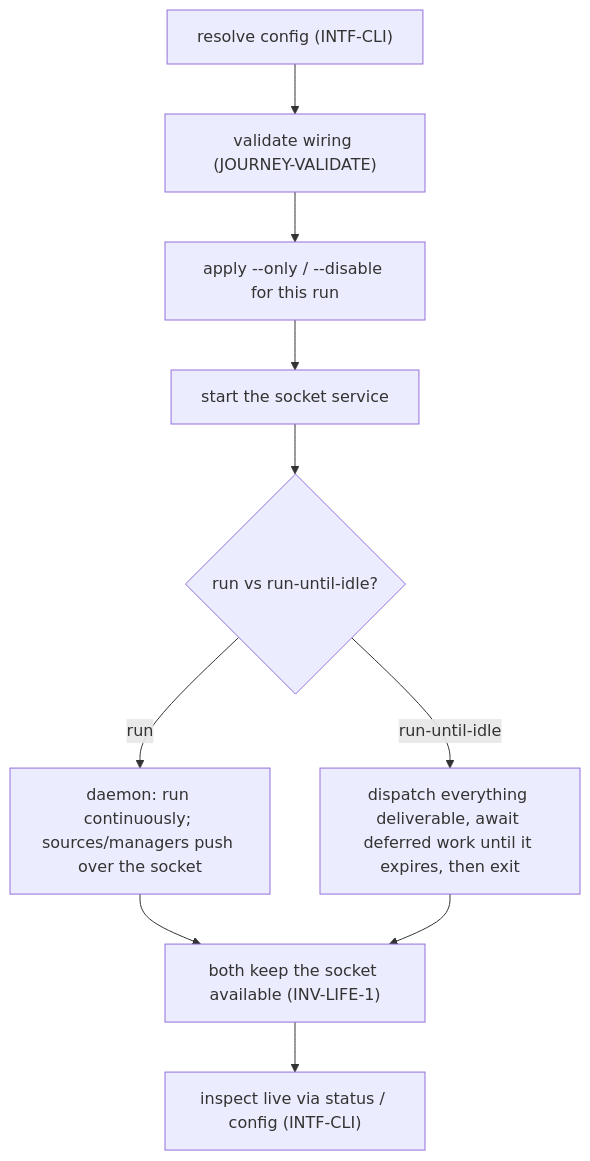
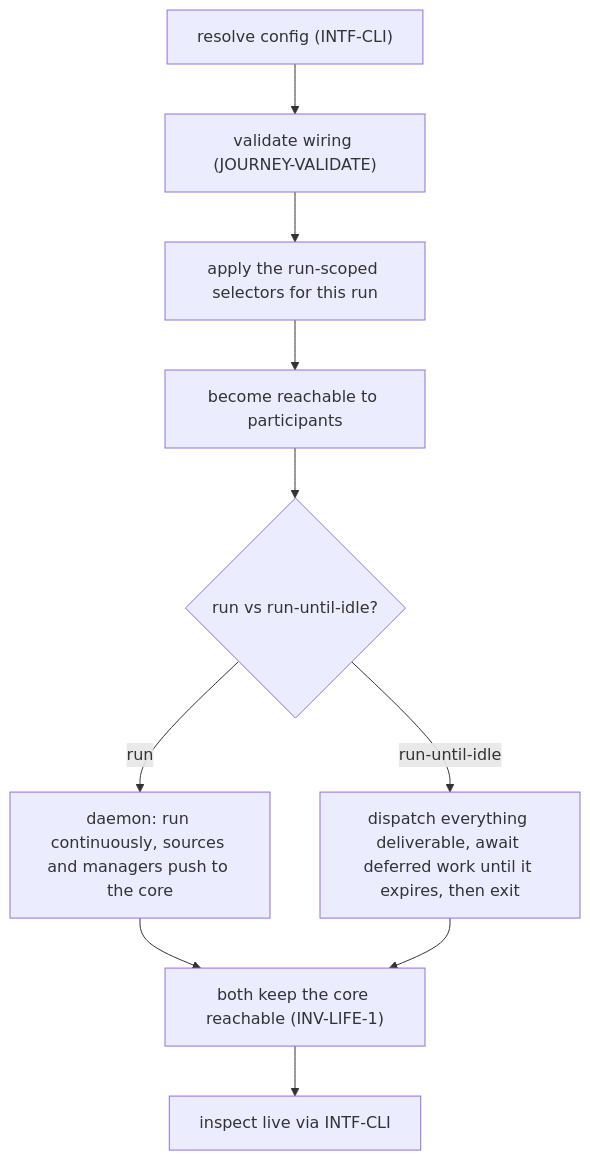
Before and after one commit to phillipgreenii/nix-agent-support: the fifth of 13 diagrams in packages/pr-pool/docs/behavior/journeys.md, drawn with Mermaid. The commit also changed other lines of this file and 9 other files, not shown here.

````diff
--- a/packages/pr-pool/docs/behavior/journeys.md
+++ b/packages/pr-pool/docs/behavior/journeys.md
@@ -275,12 +275,12 @@
 ```mermaid
 flowchart TD
     cfg["resolve config (INTF-CLI)"] --> val["validate wiring (JOURNEY-VALIDATE)"]
-    val --> sel["apply --only / --disable for this run"]
-    sel --> sock["start the socket service"]
-    sock --> mode{"run vs run-until-idle?"}
-    mode -->|run| daemon["daemon: run continuously; sources/managers push over the socket"]
+    val --> sel["apply the run-scoped selectors for this run"]
+    sel --> reach["become reachable to participants"]
+    reach --> mode{"run vs run-until-idle?"}
+    mode -->|run| daemon["daemon: run continuously, sources and managers push to the core"]
     mode -->|run-until-idle| rui["dispatch everything deliverable, await deferred work until it expires, then exit"]
-    daemon --> life["both keep the socket available (INV-LIFE-1)"]
+    daemon --> life["both keep the core reachable (INV-LIFE-1)"]
     rui --> life
-    life --> inspect["inspect live via status / config (INTF-CLI)"]
+    life --> inspect["inspect live via INTF-CLI"]
 ```
````
